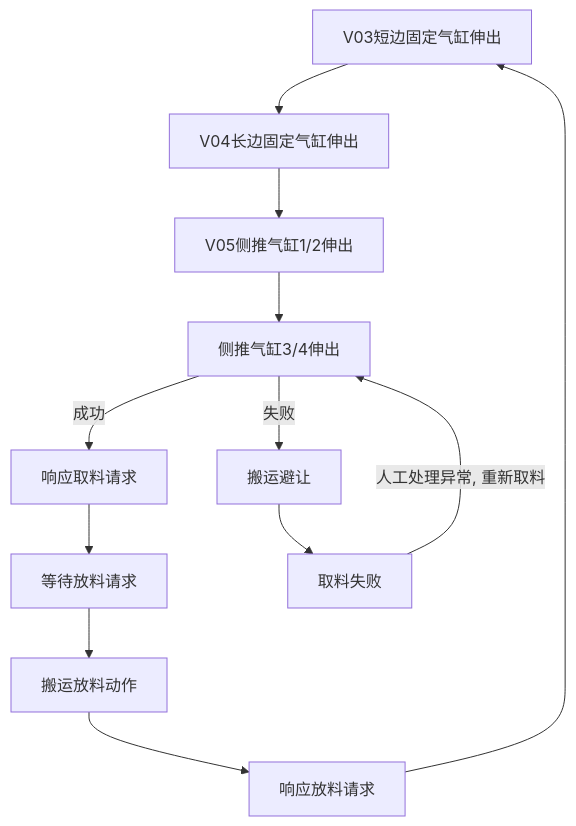
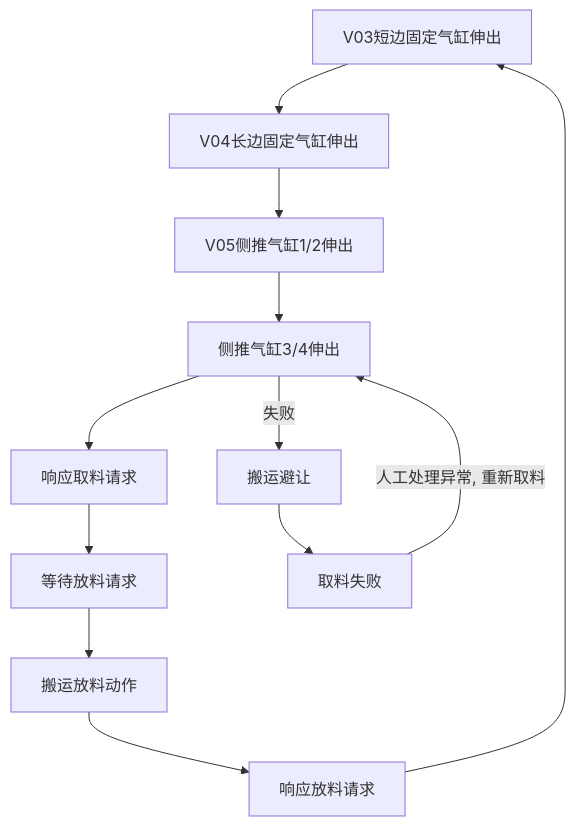
Before and after one commit to PengKun1/iodraw-files: the diagram in all/OP10气缸固定流程.md, drawn with Mermaid.

Commit message:
2024-08-05 13:50:32 update

````diff
--- a/all/OP10气缸固定流程.md
+++ b/all/OP10气缸固定流程.md
@@ -1,17 +1,17 @@
 ```mermaid
 graph TD
 10[V03短边固定气缸伸出]-->20
 20[V04长边固定气缸伸出]-->30
 30[V05侧推气缸1/2伸出]-->40
-40[侧推气缸3/4伸出]-->|成功|50
+40[侧推气缸3/4伸出]-->50
 40-->|失败|90
 50[响应取料请求]-->60
 60[等待放料请求]-->70
 70[搬运放料动作]-->80
 80[响应放料请求]-->10
 
 90[搬运避让]-->900
 
 900[取料失败]-->|人工处理异常, 重新取料|40
   
 ```
````
